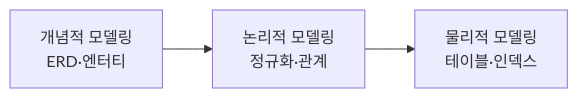
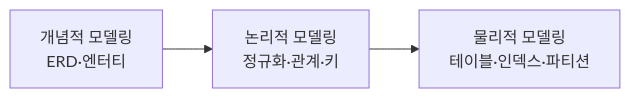
The first of 2 diagrams in content/data-modeling.md (coninggu/wjdqhrhksflrltnftk), drawn with Mermaid before and after one commit. The commit also changed other lines of this file and 11 other files, not shown here.

````diff
--- a/content/data-modeling.md
+++ b/content/data-modeling.md
@@ -8,5 +10,5 @@
 ```mermaid
 flowchart LR
-  C[개념적 모델링<br/>ERD·엔터티] --> L[논리적 모델링<br/>정규화·관계]
-  L --> P[물리적 모델링<br/>테이블·인덱스]
+  C[개념적 모델링<br/>ERD·엔터티] --> L[논리적 모델링<br/>정규화·관계·키]
+  L --> P[물리적 모델링<br/>테이블·인덱스·파티션]
 ```
````
